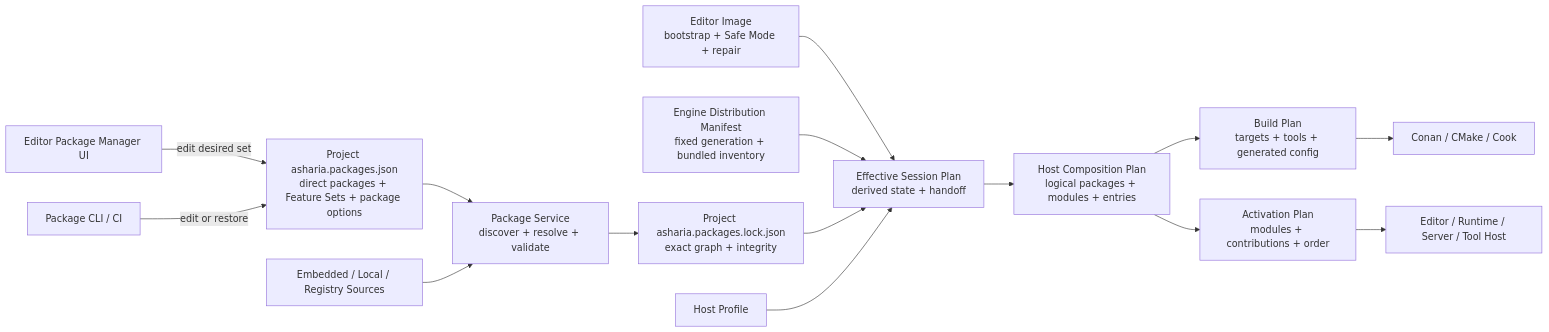
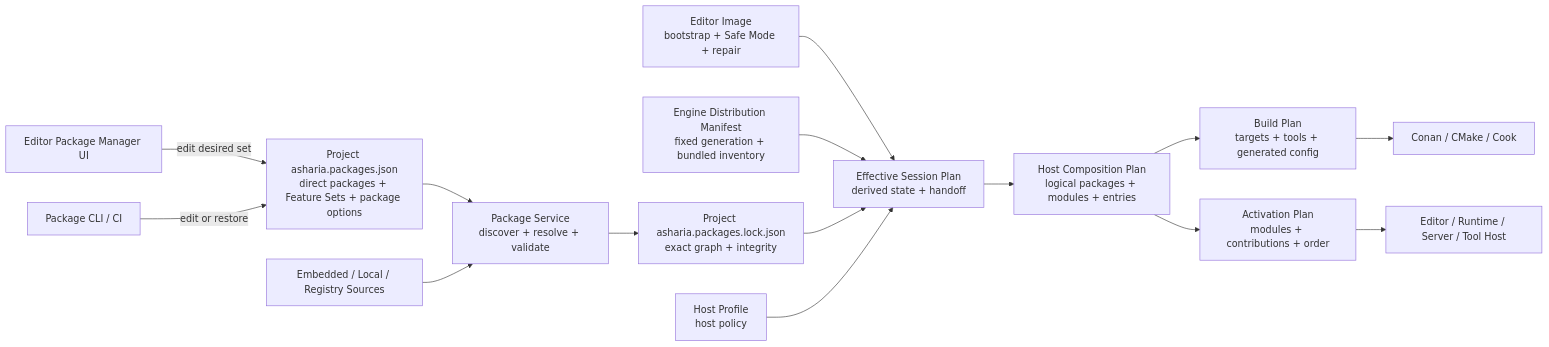
The first of 5 diagrams in docs/planning/system-architecture-roadmap.md (66six11/Engine), drawn with Mermaid before and after one commit. The commit also changed other lines of this file and 11 other files, not shown here.

````diff
--- a/docs/planning/system-architecture-roadmap.md
+++ b/docs/planning/system-architecture-roadmap.md
@@ -288,33 +289,33 @@
 ```mermaid
 flowchart LR
     EditorUI["Editor Package Manager UI"]
     CLI["Package CLI / CI"]
     Image["Editor Image<br/>bootstrap + Safe Mode + repair"]
     Distribution["Engine Distribution Manifest<br/>fixed generation + bundled inventory"]
     Manifest["Project asharia.packages.json<br/>direct packages + Feature Sets + package options"]
     Sources["Embedded / Local / Registry Sources"]
     Service["Package Service<br/>discover + resolve + validate"]
     Lock["Project asharia.packages.lock.json<br/>exact graph + integrity"]
-    Profile["Host Profile"]
+    Profile["Host Profile<br/>host policy"]
     Session["Effective Session Plan<br/>derived state + handoff"]
     Composition["Host Composition Plan<br/>logical packages + modules + entries"]
     BuildPlan["Build Plan<br/>targets + tools + generated config"]
     Activation["Activation Plan<br/>modules + contributions + order"]
     Build["Conan / CMake / Cook"]
     Host["Editor / Runtime / Server / Tool Host"]
 
     EditorUI -->|"edit desired set"| Manifest
     CLI -->|"edit or restore"| Manifest
     Manifest --> Service
     Sources --> Service
     Service --> Lock
     Image --> Session
     Distribution --> Session
     Lock --> Session
     Profile --> Session
     Session --> Composition
     Composition --> BuildPlan
     Composition --> Activation
     BuildPlan --> Build
     Activation --> Host
 ```
````
